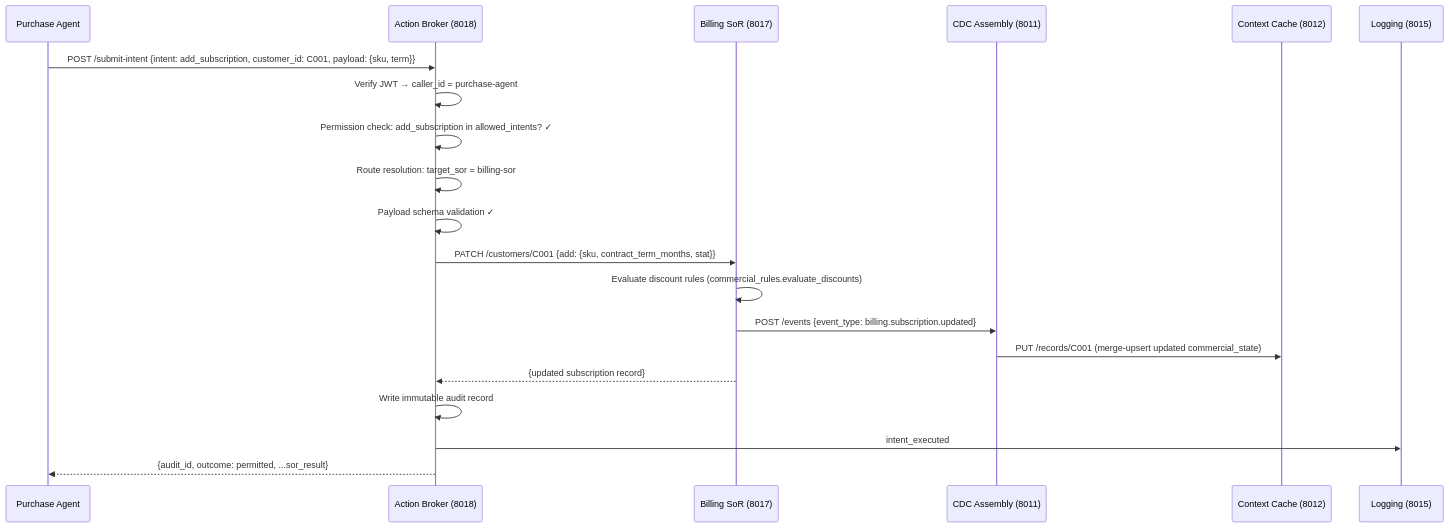
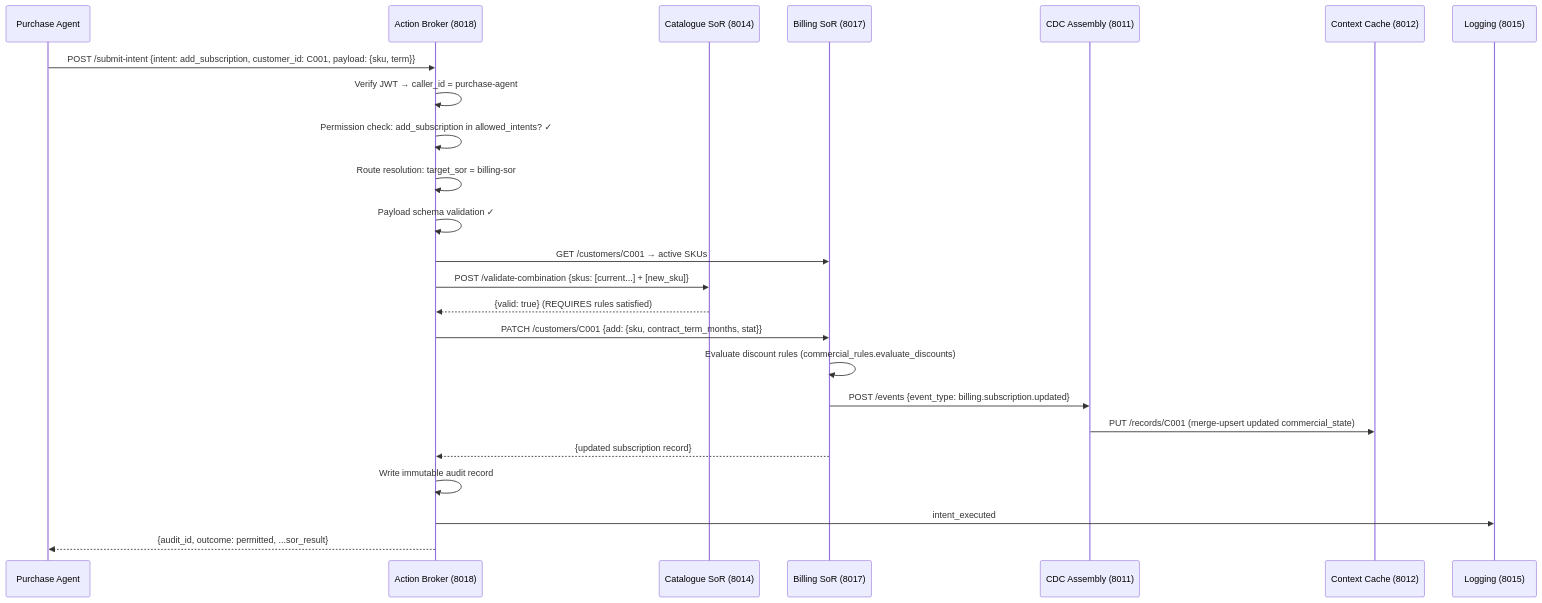
Before and after one commit to welshym/agenticdatalayer: the fifth of 7 diagrams in README.md, drawn with Mermaid. The commit also changed other lines of this file and 8 other files, not shown here.

````diff
--- a/README.md
+++ b/README.md
@@ -364,23 +370,27 @@
 ```mermaid
 sequenceDiagram
     participant Agent as Purchase Agent
     participant AB as Action Broker (8018)
+    participant CAT as Catalogue SoR (8014)
     participant BIL as Billing SoR (8017)
     participant CDC as CDC Assembly (8011)
     participant CC as Context Cache (8012)
     participant LOG as Logging (8015)
 
     Agent->>AB: POST /submit-intent {intent: add_subscription, customer_id: C001, payload: {sku, term}}
     AB->>AB: Verify JWT → caller_id = purchase-agent
     AB->>AB: Permission check: add_subscription in allowed_intents? ✓
     AB->>AB: Route resolution: target_sor = billing-sor
     AB->>AB: Payload schema validation ✓
+    AB->>BIL: GET /customers/C001 → active SKUs
+    AB->>CAT: POST /validate-combination {skus: [current...] + [new_sku]}
+    CAT-->>AB: {valid: true} (REQUIRES rules satisfied)
     AB->>BIL: PATCH /customers/C001 {add: {sku, contract_term_months, stat}}
     BIL->>BIL: Evaluate discount rules (commercial_rules.evaluate_discounts)
     BIL->>CDC: POST /events {event_type: billing.subscription.updated}
     CDC->>CC: PUT /records/C001 (merge-upsert updated commercial_state)
     BIL-->>AB: {updated subscription record}
     AB->>AB: Write immutable audit record
     AB->>LOG: intent_executed
     AB-->>Agent: {audit_id, outcome: permitted, ...sor_result}
 ```
````
